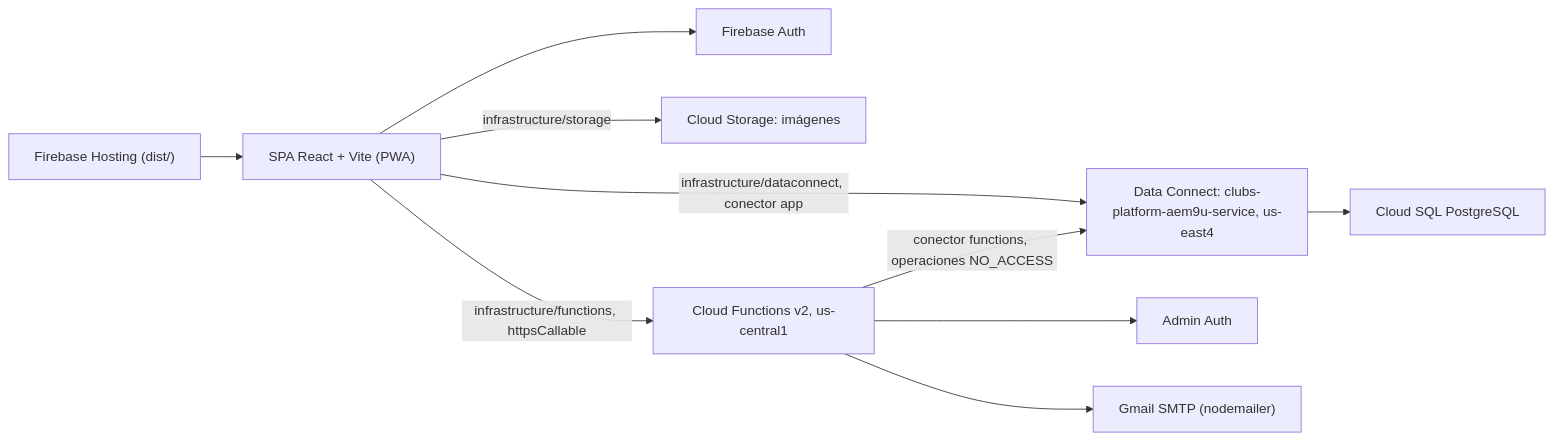
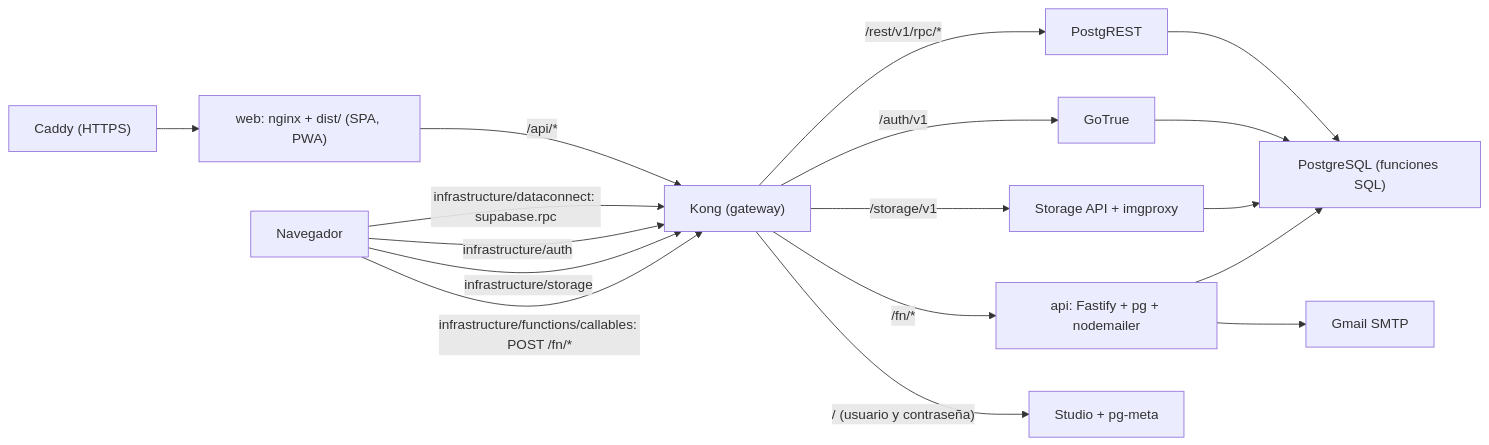
The first of 2 diagrams in README.md (CarlosQuinto/clubs-platform), drawn with Mermaid before and after one commit. The commit also changed other lines of this file and 157 other files, not shown here.

````diff
--- a/README.md
+++ b/README.md
@@ -115,12 +118,15 @@
 ```mermaid
 flowchart LR
-    Hosting["Firebase Hosting (dist/)"] --> SPA["SPA React + Vite (PWA)"]
-    SPA --> Auth["Firebase Auth"]
-    SPA -->|"infrastructure/dataconnect, conector app"| DC["Data Connect: clubs-platform-aem9u-service, us-east4"]
-    DC --> SQL["Cloud SQL PostgreSQL"]
-    SPA -->|"infrastructure/storage"| Storage["Cloud Storage: imágenes"]
-    SPA -->|"infrastructure/functions, httpsCallable"| Fn["Cloud Functions v2, us-central1"]
-    Fn -->|"conector functions, operaciones NO_ACCESS"| DC
-    Fn --> AdminAuth["Admin Auth"]
-    Fn --> Gmail["Gmail SMTP (nodemailer)"]
+    Caddy["Caddy (HTTPS)"] --> Web["web: nginx + dist/ (SPA, PWA)"]
+    Web -->|"/api/*"| Kong["Kong (gateway)"]
+    SPA["Navegador"] -->|"infrastructure/dataconnect: supabase.rpc"| Kong
+    SPA -->|"infrastructure/auth"| Kong
+    SPA -->|"infrastructure/storage"| Kong
+    SPA -->|"infrastructure/functions/callables: POST /fn/*"| Kong
+    Kong -->|"/rest/v1/rpc/*"| REST["PostgREST"] --> PG["PostgreSQL (funciones SQL)"]
+    Kong -->|"/auth/v1"| Auth["GoTrue"] --> PG
+    Kong -->|"/storage/v1"| Storage["Storage API + imgproxy"] --> PG
+    Kong -->|"/fn/*"| API["api: Fastify + pg + nodemailer"] --> PG
+    API --> Gmail["Gmail SMTP"]
+    Kong -->|"/ (usuario y contraseña)"| Studio["Studio + pg-meta"]
 ```
````
